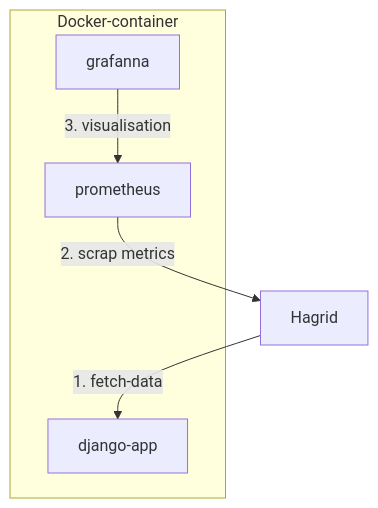
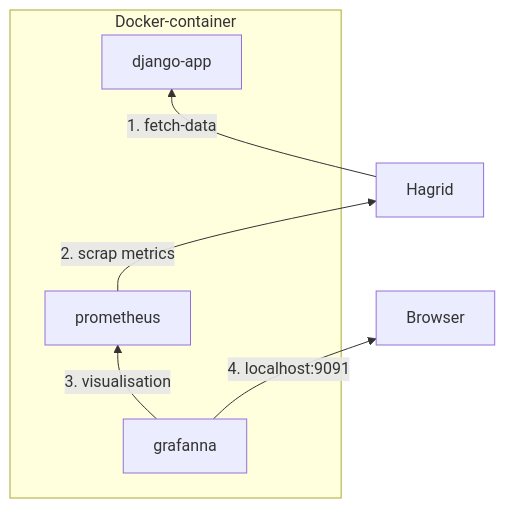
The diagram in wiki/setup/playground.md (freshworks-oss/hagrid-oss), drawn with Mermaid before and after one commit. The commit also changed other lines of this file and 1 other file, not shown here.

````diff
--- a/wiki/setup/playground.md
+++ b/wiki/setup/playground.md
@@ -37,13 +36,14 @@
 ``` mermaid
-flowchart TD
+flowchart BT
     A[Hagrid] -->|1. fetch-data| C
 
         subgraph B[Docker-container]
             C[django-app]
             D[prometheus] 
             E[grafanna]
         end
     
     D -->|2. scrap metrics| A
-    E --> |3. visualisation|D
+    E --> |3. visualisation| D
+    E --> |4. localhost:9091| M[Browser]
 ```
````
